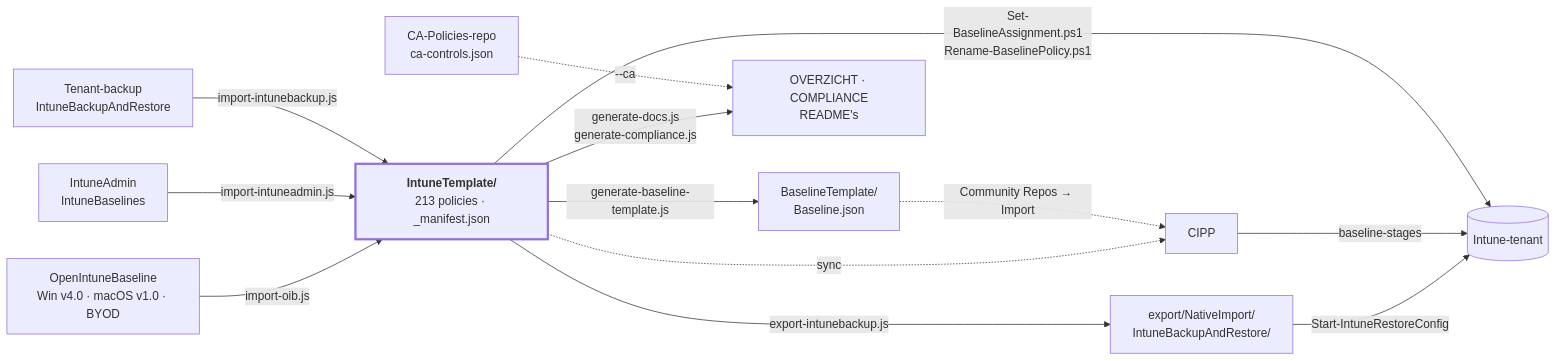
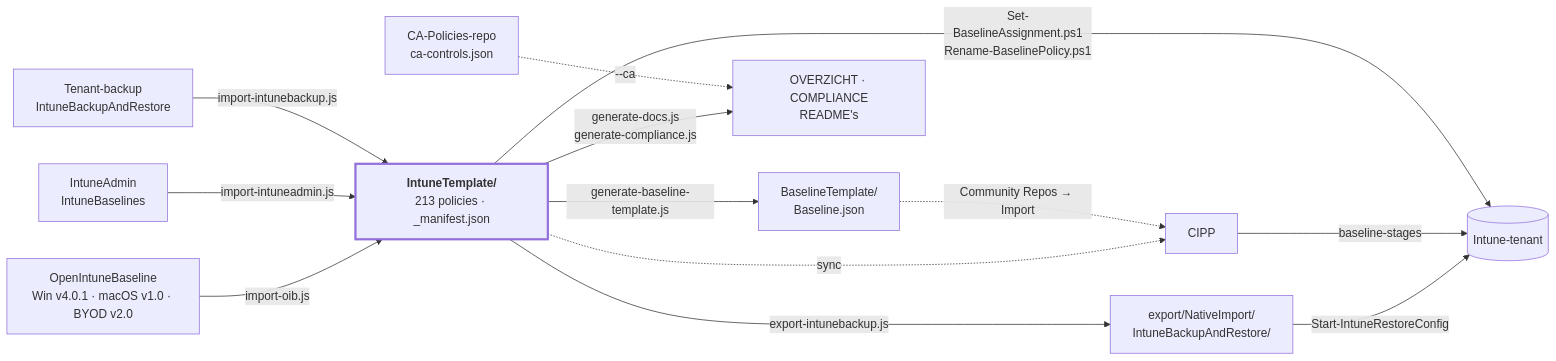
Before and after one commit to sjkanon/IntuneBackup: the diagram in docs/STRUCTUUR.md, drawn with Mermaid. The commit also changed 28 other files, not shown here.

First line of the commit message:
OIB Windows v4.0.1 en BYOD v2.0

````diff
--- a/docs/STRUCTUUR.md
+++ b/docs/STRUCTUUR.md
@@ -24,21 +24,21 @@
 ```mermaid
 flowchart LR
-  OIB["OpenIntuneBaseline<br/>Win v4.0 · macOS v1.0 · BYOD"] -->|import-oib.js| T
+  OIB["OpenIntuneBaseline<br/>Win v4.0.1 · macOS v1.0 · BYOD v2.0"] -->|import-oib.js| T
   IA["IntuneAdmin<br/>IntuneBaselines"] -->|import-intuneadmin.js| T
   BK["Tenant-backup<br/>IntuneBackupAndRestore"] -->|import-intunebackup.js| T
 
   T["<b>IntuneTemplate/</b><br/>213 policies · _manifest.json"]
 
   T -->|export-intunebackup.js| EX["export/NativeImport/<br/>IntuneBackupAndRestore/"]
   T -->|generate-baseline-template.js| BT["BaselineTemplate/<br/>Baseline.json"]
   T -->|generate-docs.js<br/>generate-compliance.js| DOC["OVERZICHT · COMPLIANCE<br/>README's"]
   CA["CA-Policies-repo<br/>ca-controls.json"] -.->|--ca| DOC
 
   T -.->|sync| CIPP["CIPP"]
   BT -.->|Community Repos → Import| CIPP
   EX -->|Start-IntuneRestoreConfig| TEN[("Intune-tenant")]
   CIPP -->|baseline-stages| TEN
   T -->|Set-BaselineAssignment.ps1<br/>Rename-BaselinePolicy.ps1| TEN
 
   style T stroke-width:3px
 ```
````
